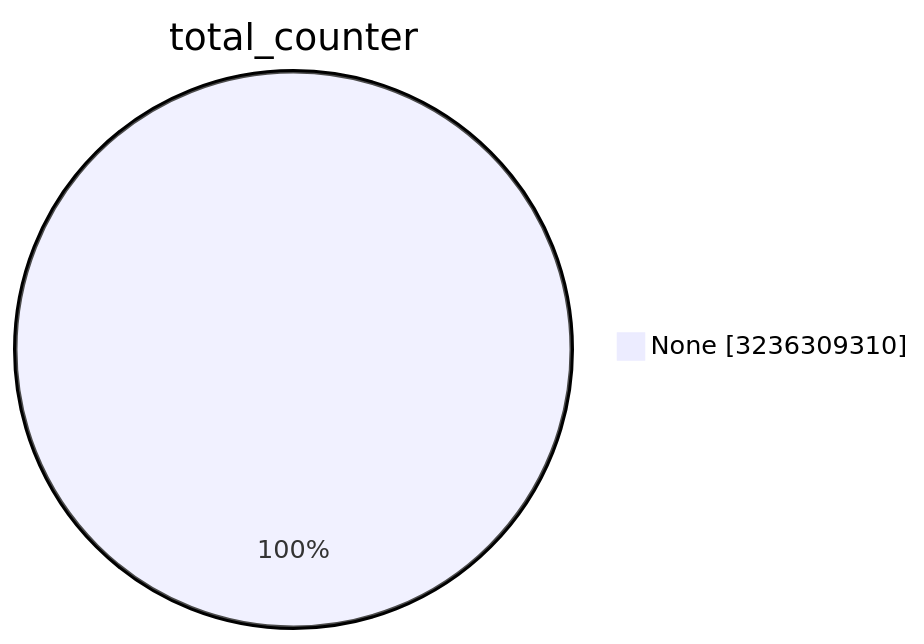
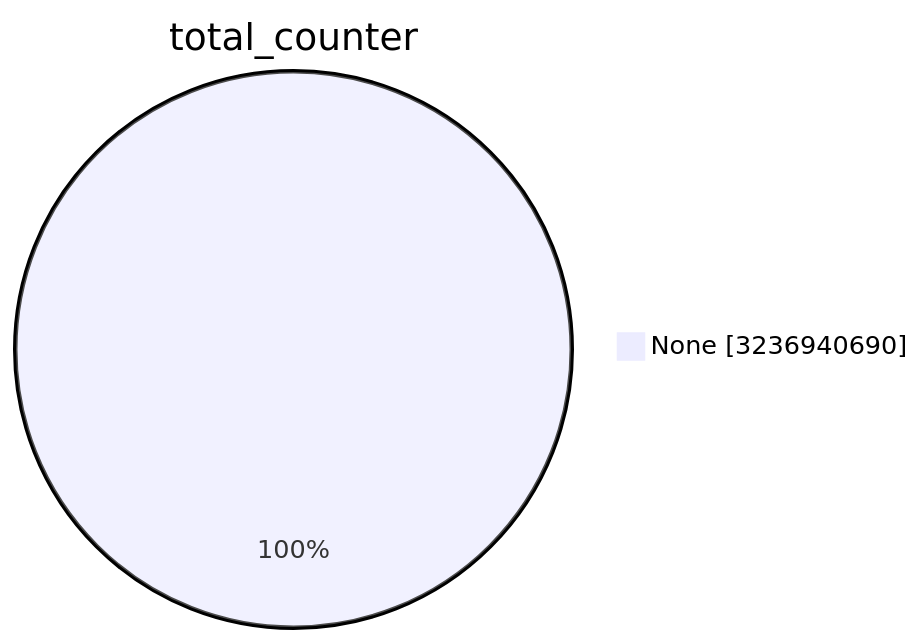
The first of 15 diagrams in TOTAL/README.md (christiankrug/ctmonitor_visualization), drawn with Mermaid before and after one commit. The commit also changed other lines of this file, not shown here.

````diff
--- a/TOTAL/README.md
+++ b/TOTAL/README.md
@@ -1,5 +1,5 @@
 ```mermaid
 pie showData
 title total_counter
-"None" :3236309310
+"None" :3236940690
 ```
````
